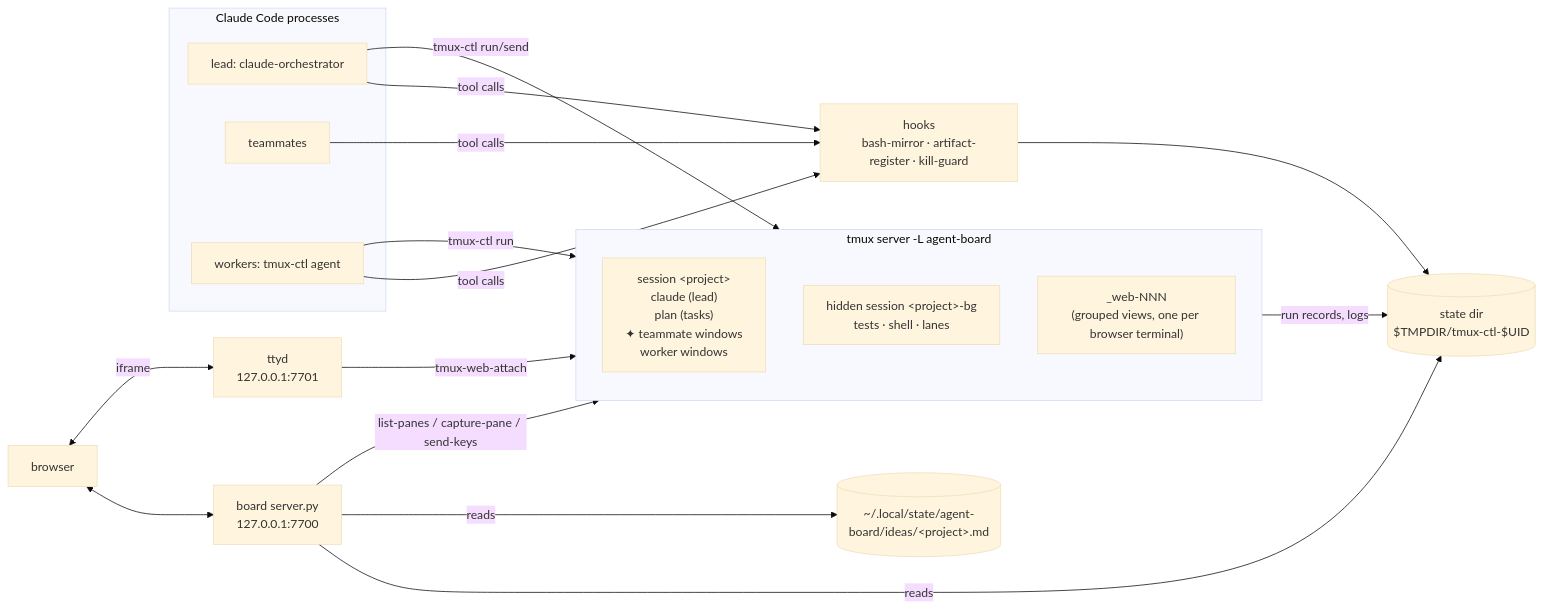
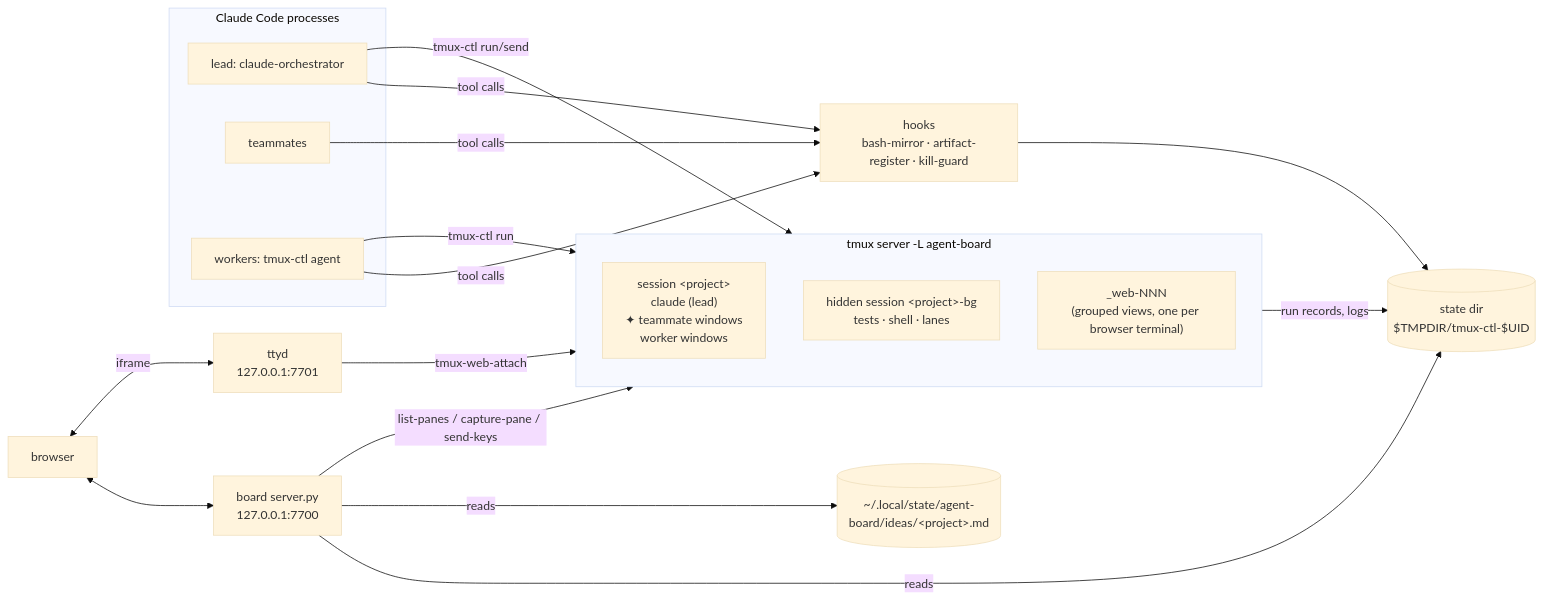
Before and after one commit to cisco-trkkn/agent-board: the first of 2 diagrams in docs/ARCHITECTURE.md, drawn with Mermaid (base theme). The commit also changed other lines of this file and 7 other files, not shown here.

Commit message:
docs(rules): drop the plan window from the lead rules, skills, architecture and the teams plan

````diff
--- a/docs/ARCHITECTURE.md
+++ b/docs/ARCHITECTURE.md
@@ -11,29 +11,29 @@
 ```mermaid
 flowchart LR
   subgraph tmux["tmux server -L agent-board"]
     direction TB
-    P["session &lt;project&gt;<br/>claude (lead)<br/>plan (tasks)<br/>✦ teammate windows<br/>worker windows"]
+    P["session &lt;project&gt;<br/>claude (lead)<br/>✦ teammate windows<br/>worker windows"]
     BG["hidden session &lt;project&gt;-bg<br/>tests · shell · lanes"]
     W["_web-NNN<br/>(grouped views, one per browser terminal)"]
   end
   subgraph claude["Claude Code processes"]
     L[lead: claude-orchestrator]
     T[teammates]
     K[workers: tmux-ctl agent]
   end
   H["hooks<br/>bash-mirror · artifact-register · kill-guard"]
   S[("state dir<br/>$TMPDIR/tmux-ctl-$UID")]
   I[("~/.local/state/agent-board/ideas/&lt;project&gt;.md")]
   B["board server.py<br/>127.0.0.1:7700"]
   Y["ttyd<br/>127.0.0.1:7701"]
   UI["browser"]
 
   L -- tmux-ctl run/send --> BG
   K -- tmux-ctl run --> BG
   L & T & K -- tool calls --> H --> S
   BG -- run records, logs --> S
   B -- reads --> S & I
   B -- list-panes / capture-pane / send-keys --> tmux
   UI <--> B
   UI <-- iframe --> Y -- tmux-web-attach --> W
 ```
````
